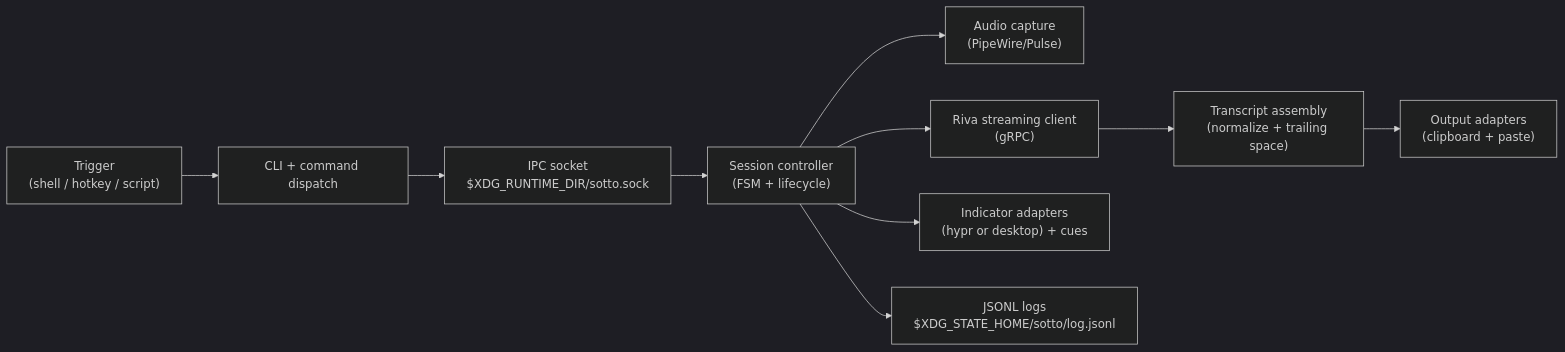
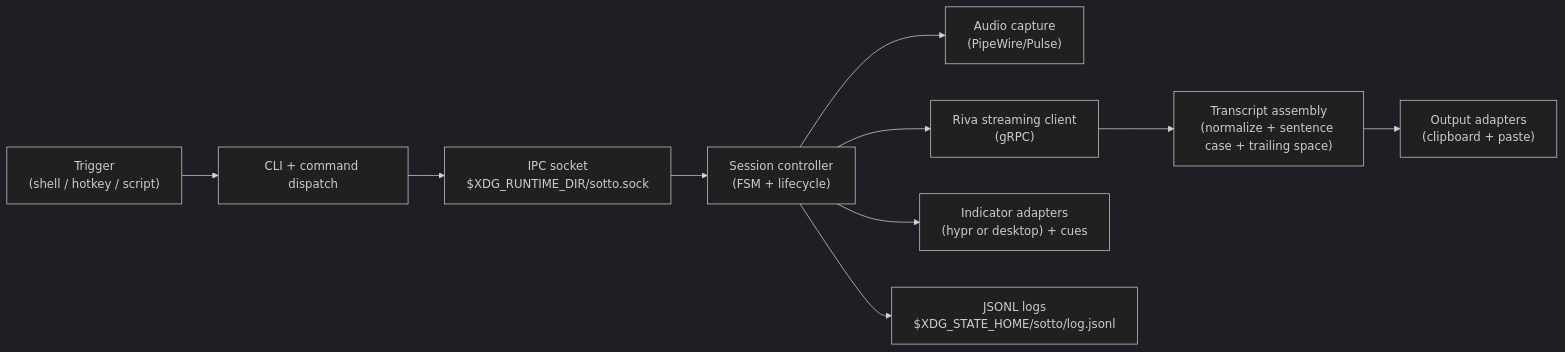
One commit to rbright/sotto changed the first of 3 diagrams in docs/architecture.md. Above: the diagram before and after it, drawn with Mermaid (dark theme). The commit also changed 2 other files, not shown here.

Commit message:
docs(transcript): document sentence capitalization behavior

````diff
--- a/docs/architecture.md
+++ b/docs/architecture.md
@@ -7,14 +7,14 @@
 ```mermaid
 flowchart LR
     Trigger["Trigger\n(shell / hotkey / script)"] --> CLI["CLI + command dispatch"]
     CLI --> IPC["IPC socket\n$XDG_RUNTIME_DIR/sotto.sock"]
     IPC --> Session["Session controller\n(FSM + lifecycle)"]
 
     Session --> Audio["Audio capture\n(PipeWire/Pulse)"]
     Session --> ASR["Riva streaming client\n(gRPC)"]
-    ASR --> Transcript["Transcript assembly\n(normalize + trailing space)"]
+    ASR --> Transcript["Transcript assembly\n(normalize + sentence case + trailing space)"]
     Transcript --> Output["Output adapters\n(clipboard + paste)"]
 
     Session --> Indicator["Indicator adapters\n(hypr or desktop) + cues"]
     Session --> Logs["JSONL logs\n$XDG_STATE_HOME/sotto/log.jsonl"]
 ```
````
